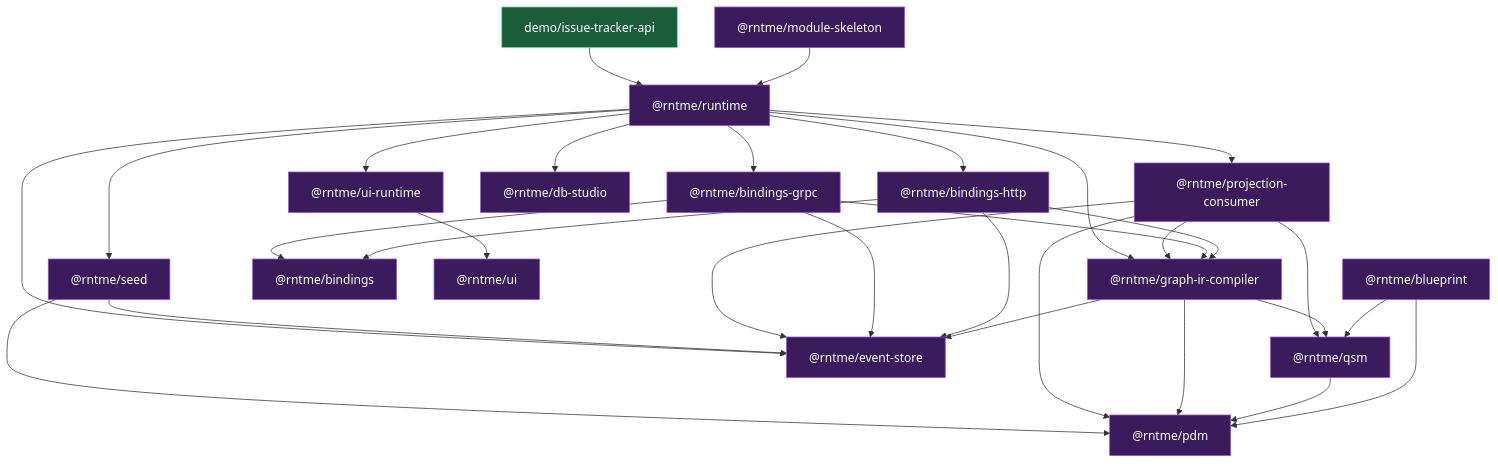
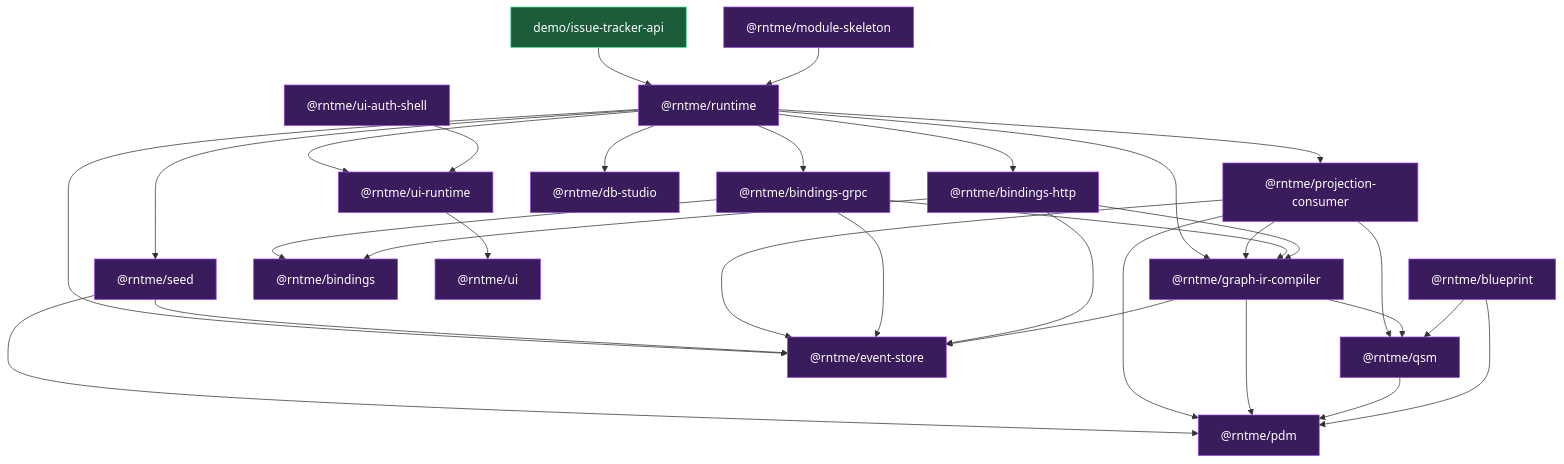
One commit to vladprrs/rntme changed the second of 2 diagrams in README.md. Above: the diagram before and after it, drawn with Mermaid. The commit also changed other lines of this file and 25 other files, not shown here.

````diff
--- a/README.md
+++ b/README.md
@@ -143,34 +144,36 @@
 ```mermaid
 flowchart TB
     classDef pkg fill:#3a1b5c,stroke:#9a4ae2,color:#fff;
     classDef demo fill:#1b5c3a,stroke:#4ae29a,color:#fff;
 
     BP["@rntme/blueprint"]:::pkg
     PDM["@rntme/pdm"]:::pkg
     QSM["@rntme/qsm"]:::pkg
     ES["@rntme/event-store"]:::pkg
     GIR["@rntme/graph-ir-compiler"]:::pkg
     B["@rntme/bindings"]:::pkg
     BH["@rntme/bindings-http"]:::pkg
     BG["@rntme/bindings-grpc"]:::pkg
     UI["@rntme/ui"]:::pkg
     UIR["@rntme/ui-runtime"]:::pkg
+    UIA["@rntme/ui-auth-shell"]:::pkg
     DS["@rntme/db-studio"]:::pkg
     PC["@rntme/projection-consumer"]:::pkg
     SD["@rntme/seed"]:::pkg
     RT["@rntme/runtime"]:::pkg
     MS["@rntme/module-skeleton"]:::pkg
     DEMO["demo/issue-tracker-api"]:::demo
 
     BP --> PDM & QSM
     QSM --> PDM
     GIR --> PDM & QSM & ES
     BH --> B & GIR & ES
     BG --> B & GIR & ES
     UIR --> UI
+    UIA --> UIR
     PC --> ES & GIR & PDM & QSM
     SD --> ES & PDM
     RT --> BH & BG & UIR & DS & PC & SD & GIR & ES
     MS --> RT
     DEMO --> RT
 ```
````
